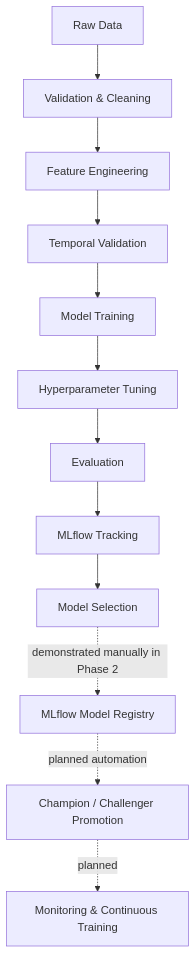
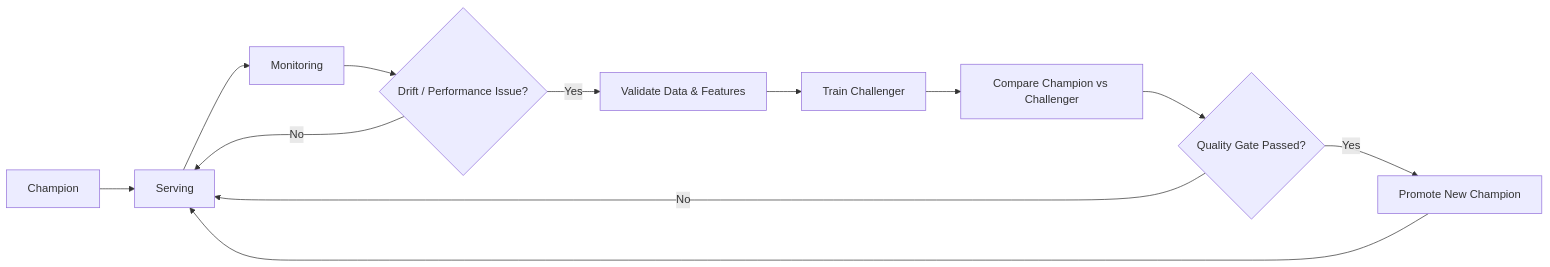
One commit to ISC-Ignacio-Naranjo/mibici changed the second of 2 diagrams in README.md. Above: the diagram before and after it, drawn with Mermaid. The commit also changed other lines of this file, not shown here.

````diff
--- a/README.md
+++ b/README.md
@@ -61,15 +70,14 @@
 ```mermaid
-flowchart TD
-    A[Raw Data] --> B[Validation & Cleaning]
-    B --> C[Feature Engineering]
-    C --> D[Temporal Validation]
-    D --> E[Model Training]
-    E --> F[Hyperparameter Tuning]
-    F --> G[Evaluation]
-    G --> H[MLflow Tracking]
-    H --> I[Model Selection]
-
-    I -. demonstrated manually in Phase 2 .-> J[MLflow Model Registry]
-    J -. planned automation .-> K[Champion / Challenger Promotion]
-    K -. planned .-> L[Monitoring & Continuous Training]
+flowchart LR
+    A[Champion] --> B[Serving]
+    B --> C[Monitoring]
+    C --> D{Drift / Performance Issue?}
+    D -- No --> B
+    D -- Yes --> E[Validate Data & Features]
+    E --> F[Train Challenger]
+    F --> G[Compare Champion vs Challenger]
+    G --> H{Quality Gate Passed?}
+    H -- No --> B
+    H -- Yes --> I[Promote New Champion]
+    I --> B
 ```
````
